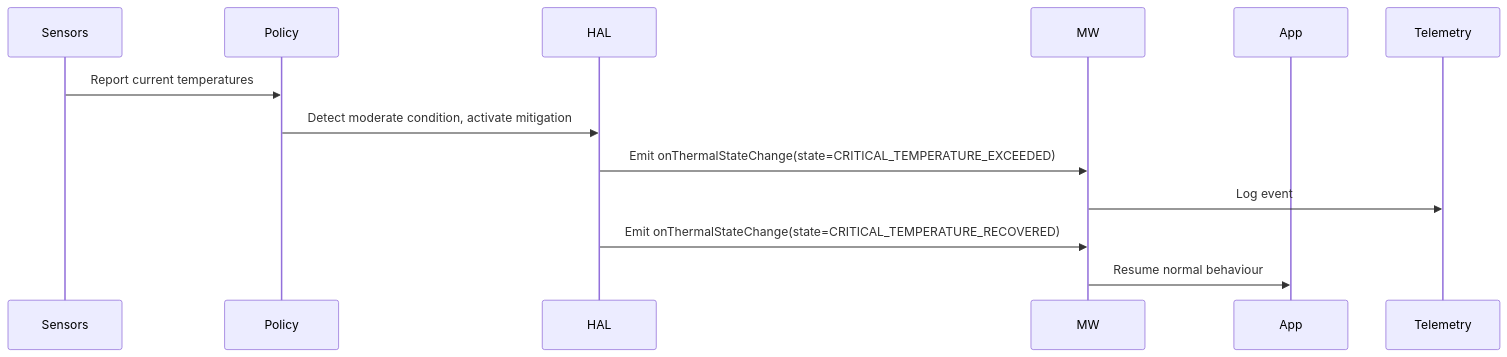
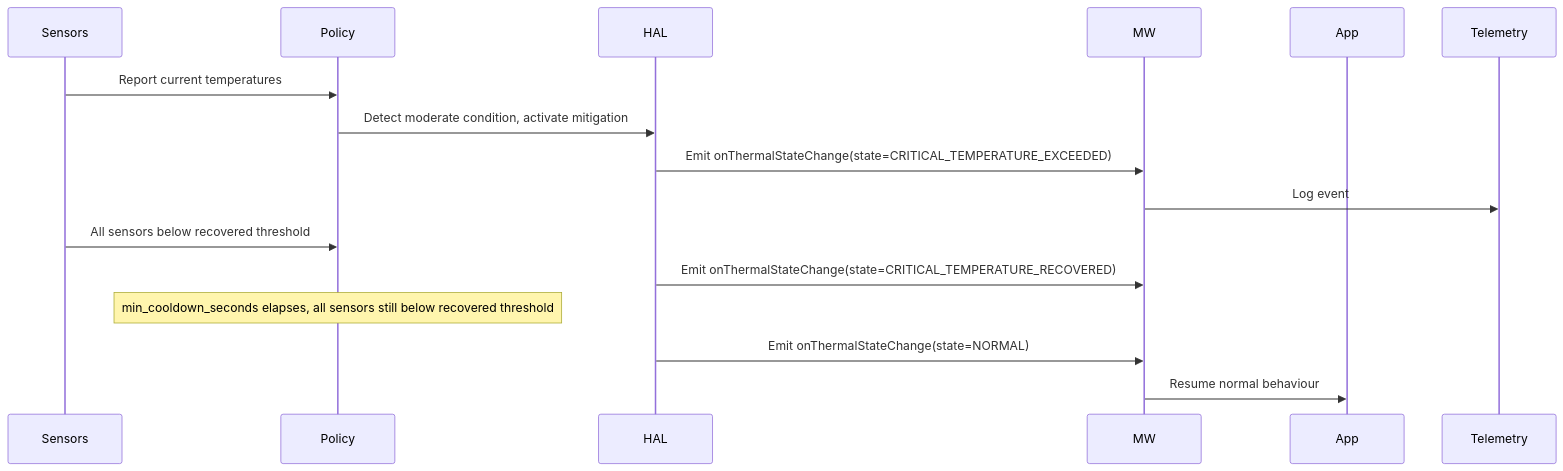
The third of 4 diagrams in sensor/current/docs/thermal/thermal_sensor.md (rdkcentral/rdk-halif-aidl), drawn with Mermaid before and after one commit. The commit also changed other lines of this file and 2 other files, not shown here.

First line of the commit message:
docs(thermal): define the state machine, including the transition to NORMAL (#846)

````diff
--- a/sensor/current/docs/thermal/thermal_sensor.md
+++ b/sensor/current/docs/thermal/thermal_sensor.md
@@ -236,15 +229,18 @@
 ```mermaid
 sequenceDiagram
     participant Sensors
     participant Policy
     participant HAL
     participant MW
     participant App
 
     Sensors->>Policy: Report current temperatures
     Policy->>HAL: Detect moderate condition, activate mitigation
     HAL->>MW: Emit onThermalStateChange(state=CRITICAL_TEMPERATURE_EXCEEDED)
     MW->>Telemetry: Log event
+    Sensors->>Policy: All sensors below recovered threshold
     HAL->>MW: Emit onThermalStateChange(state=CRITICAL_TEMPERATURE_RECOVERED)
+    Note over Policy: min_cooldown_seconds elapses, all sensors still below recovered threshold
+    HAL->>MW: Emit onThermalStateChange(state=NORMAL)
     MW->>App: Resume normal behaviour
 ```
````
